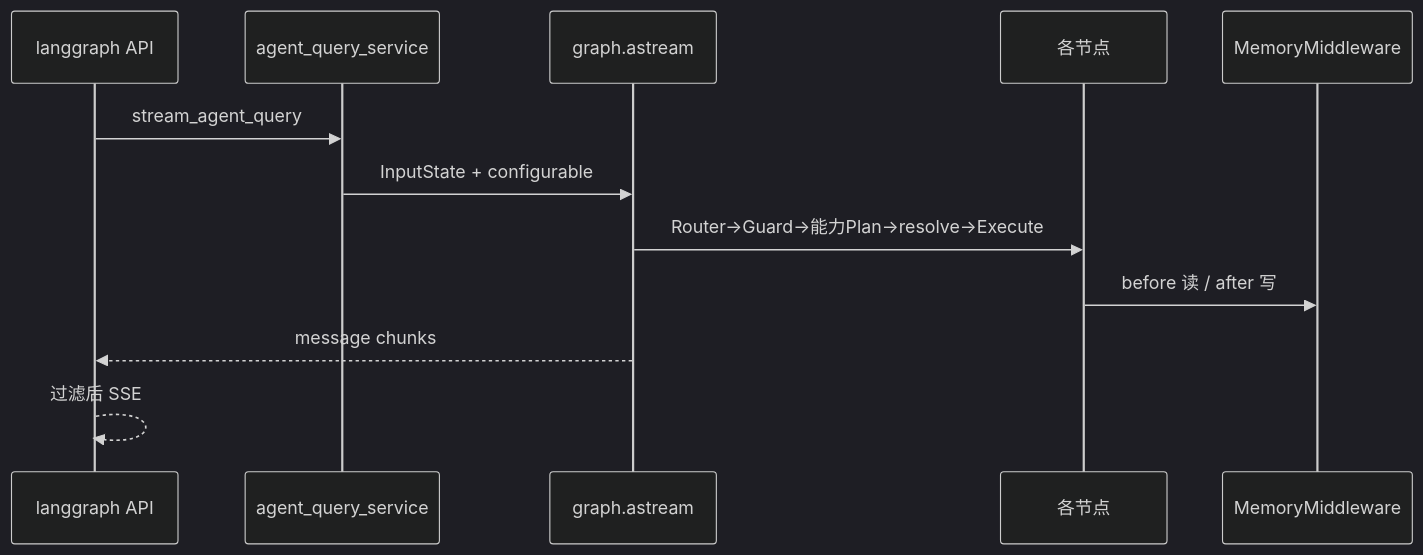
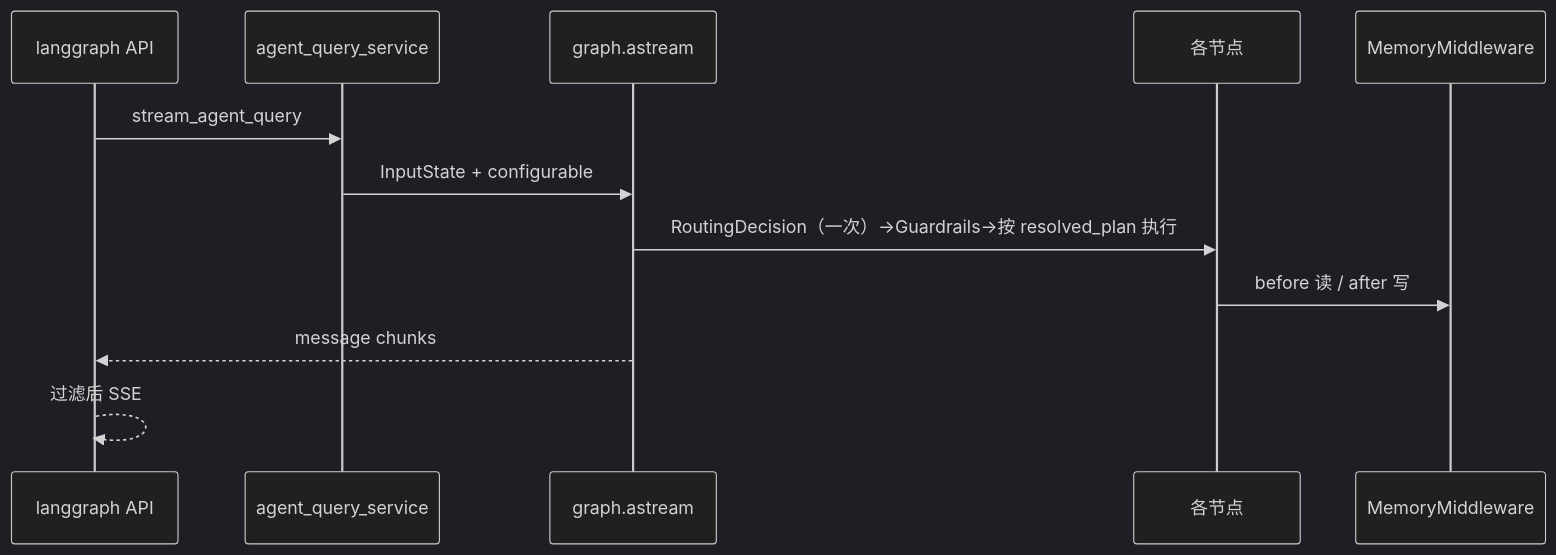
The second of 4 diagrams in docs/modules/03-对话与Agent主图.md (bitladykiller/-), drawn with Mermaid (dark theme) before and after one commit. The commit also changed other lines of this file and 19 other files, not shown here.

````diff
--- a/docs/modules/03-对话与Agent主图.md
+++ b/docs/modules/03-对话与Agent主图.md
@@ -65,14 +63,14 @@
 ```mermaid
 sequenceDiagram
     participant API as langgraph API
     participant AQS as agent_query_service
     participant G as graph.astream
     participant N as 各节点
     participant MM as MemoryMiddleware
     API->>AQS: stream_agent_query
     AQS->>G: InputState + configurable
-    G->>N: Router→Guard→能力Plan→resolve→Execute
+    G->>N: RoutingDecision（一次）→Guardrails→按 resolved_plan 执行
     N->>MM: before 读 / after 写
     G-->>API: message chunks
     API-->>API: 过滤后 SSE
 ```
````
